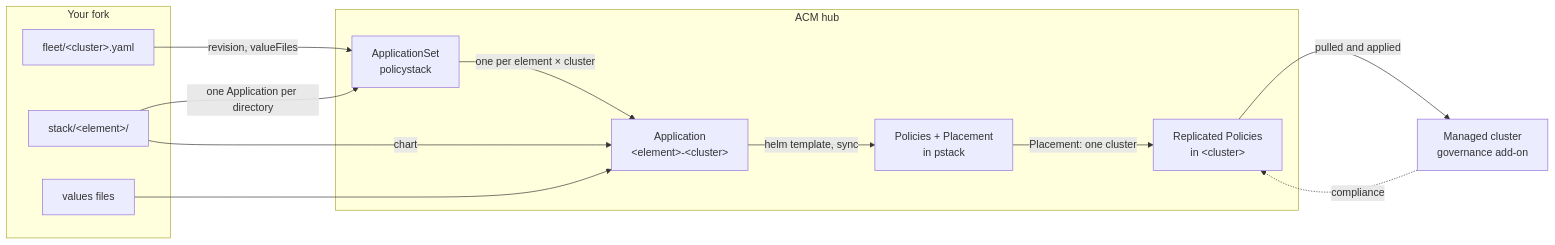
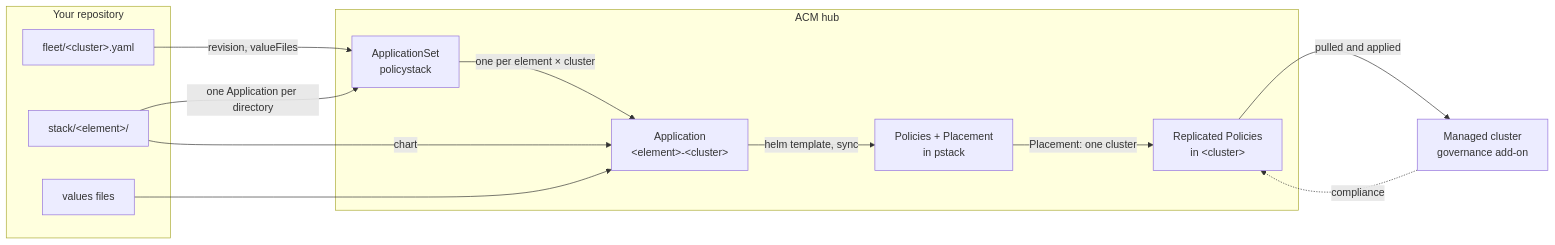
The diagram in docs/index.md (PolicyStack/PolicyStack), drawn with Mermaid before and after one commit. The commit also changed other lines of this file and 220 other files, not shown here.

````diff
--- a/docs/index.md
+++ b/docs/index.md
@@ -13,24 +13,24 @@
 ```mermaid
 flowchart LR
-  subgraph git["Your fork"]
+  subgraph git["Your repository"]
     fleet["fleet/#lt;cluster#gt;.yaml"]
     stack["stack/#lt;element#gt;/"]
     vals["values files"]
   end
   subgraph hub["ACM hub"]
     appset["ApplicationSet<br>policystack"]
     app["Application<br>#lt;element#gt;-#lt;cluster#gt;"]
     pol["Policies + Placement<br>in pstack"]
     rep["Replicated Policies<br>in #lt;cluster#gt;"]
   end
   spoke["Managed cluster<br>governance add-on"]
   fleet -->|"revision, valueFiles"| appset
   stack -->|"one Application per directory"| appset
   stack -->|"chart"| app
   appset -->|"one per element × cluster"| app
   vals --> app
   app -->|"helm template, sync"| pol
   pol -->|"Placement: one cluster"| rep
   rep -->|"pulled and applied"| spoke
   spoke -.->|"compliance"| rep
 ```
````
